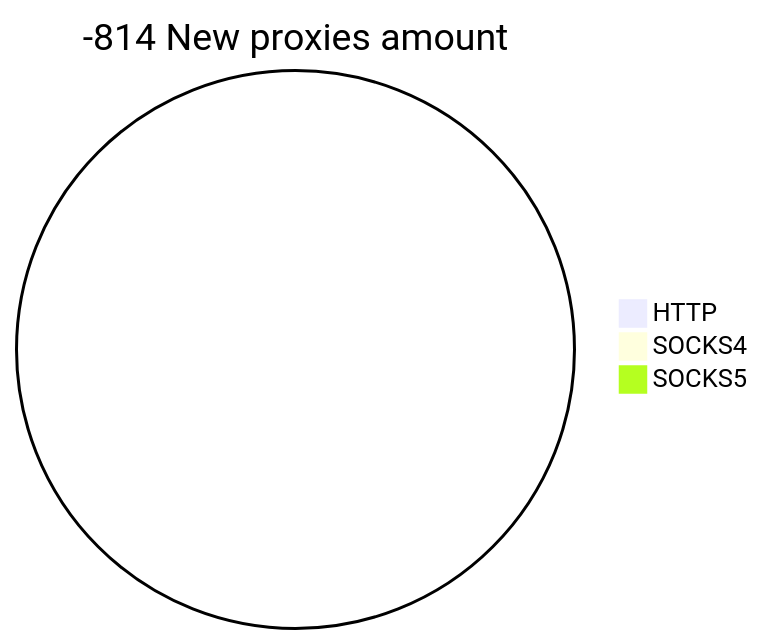
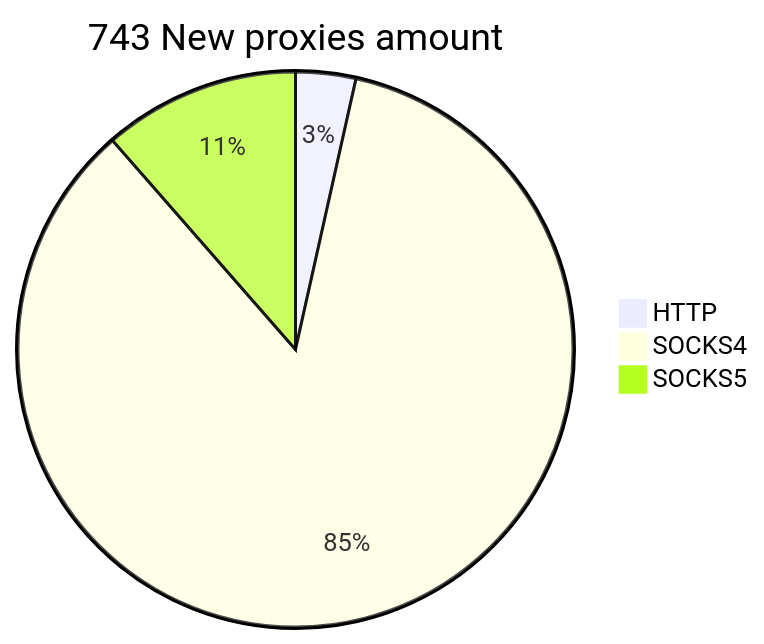
Before and after one commit to cutipu/proxylist: the second of 2 diagrams in README.md, drawn with Mermaid. The commit also changed other lines of this file, not shown here.

````diff
--- a/README.md
+++ b/README.md
@@ -10,6 +10,6 @@
 ```mermaid
-pie title -814 New proxies amount
-    "HTTP" : 0
-    "SOCKS4" : 0
-    "SOCKS5" : 0
+pie title 743 New proxies amount
+    "HTTP" : 26
+    "SOCKS4" : 632
+    "SOCKS5" : 85
 ```
````
